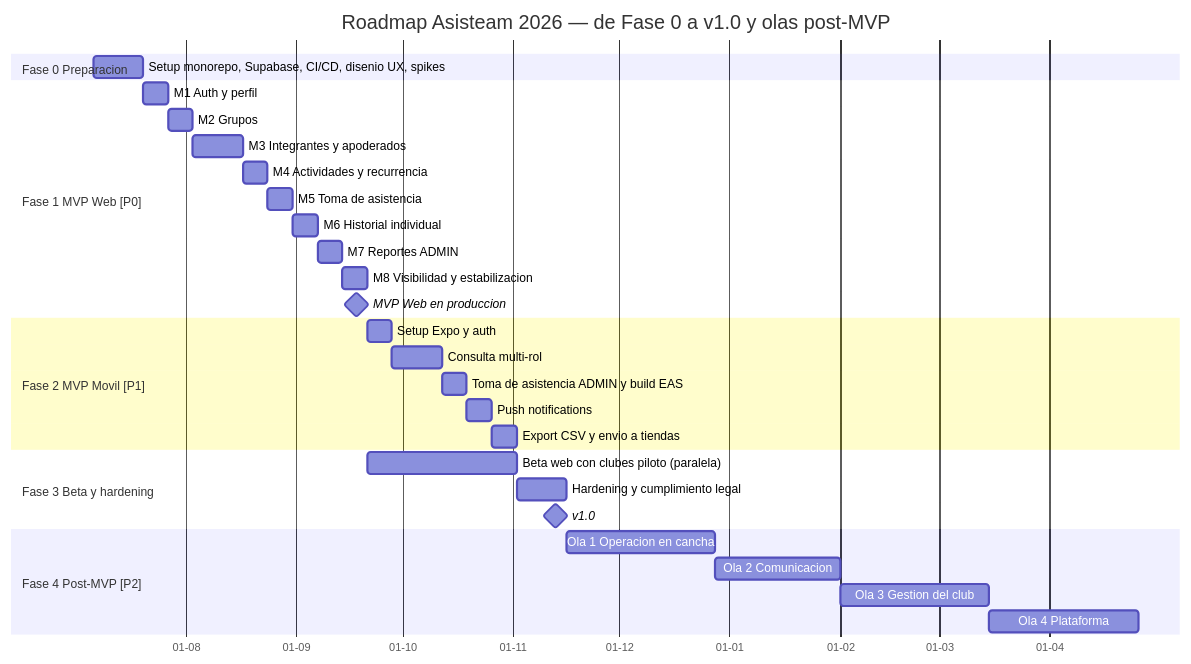
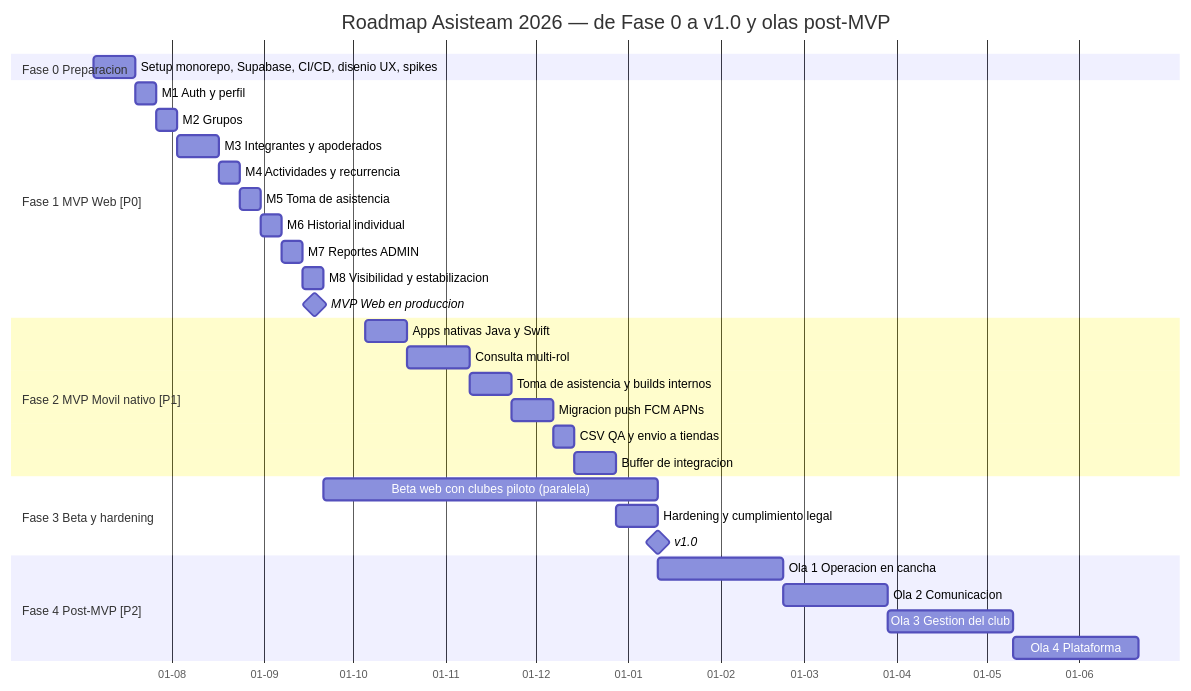
Before and after one commit to AlexxSome/asisteam: the diagram in docs/09-roadmap.md, drawn with Mermaid. The commit also changed other lines of this file and 6 other files, not shown here.

Commit message:
docs(mobile): replanificar apps nativas Android e iOS

````diff
--- a/docs/09-roadmap.md
+++ b/docs/09-roadmap.md
@@ -156,33 +156,34 @@
 ```mermaid
 gantt
     title Roadmap Asisteam 2026 — de Fase 0 a v1.0 y olas post-MVP
     dateFormat YYYY-MM-DD
     axisFormat %d-%m
     section Fase 0 Preparacion
     Setup monorepo, Supabase, CI/CD, disenio UX, spikes :f0, 2026-07-06, 2w
     section Fase 1 MVP Web [P0]
     M1 Auth y perfil            :f1a, 2026-07-20, 1w
     M2 Grupos                   :f1b, after f1a, 1w
     M3 Integrantes y apoderados :f1c, after f1b, 2w
     M4 Actividades y recurrencia :f1d, after f1c, 1w
     M5 Toma de asistencia       :f1e, after f1d, 1w
     M6 Historial individual     :f1f, after f1e, 1w
     M7 Reportes ADMIN           :f1g, after f1f, 1w
     M8 Visibilidad y estabilizacion :f1h, after f1g, 1w
     MVP Web en produccion       :milestone, mw, 2026-09-18, 0d
-    section Fase 2 MVP Movil [P1]
-    Setup Expo y auth           :f2a, 2026-09-21, 1w
-    Consulta multi-rol          :f2b, after f2a, 2w
-    Toma de asistencia ADMIN y build EAS :f2c, after f2b, 1w
-    Push notifications          :f2d, after f2c, 1w
-    Export CSV y envio a tiendas :f2e, after f2d, 1w
+    section Fase 2 MVP Movil nativo [P1]
+    Apps nativas Java y Swift   :f2a, 2026-10-05, 2w
+    Consulta multi-rol          :f2b, after f2a, 3w
+    Toma de asistencia y builds internos :f2c, after f2b, 2w
+    Migracion push FCM APNs     :f2d, after f2c, 2w
+    CSV QA y envio a tiendas    :f2e, after f2d, 1w
+    Buffer de integracion       :f2buf, after f2e, 2w
     section Fase 3 Beta y hardening
-    Beta web con clubes piloto (paralela) :f3a, 2026-09-21, 6w
-    Hardening y cumplimiento legal :f3b, 2026-11-02, 2w
-    v1.0                        :milestone, v10, 2026-11-13, 0d
+    Beta web con clubes piloto (paralela) :f3a, 2026-09-21, 16w
+    Hardening y cumplimiento legal :f3b, after f2buf, 2w
+    v1.0                        :milestone, v10, after f3b, 0d
     section Fase 4 Post-MVP [P2]
-    Ola 1 Operacion en cancha   :f4a, 2026-11-16, 6w
+    Ola 1 Operacion en cancha   :f4a, after f3b, 6w
     Ola 2 Comunicacion          :f4b, after f4a, 5w
     Ola 3 Gestion del club      :f4c, after f4b, 6w
     Ola 4 Plataforma            :f4d, after f4c, 6w
 ```
````
